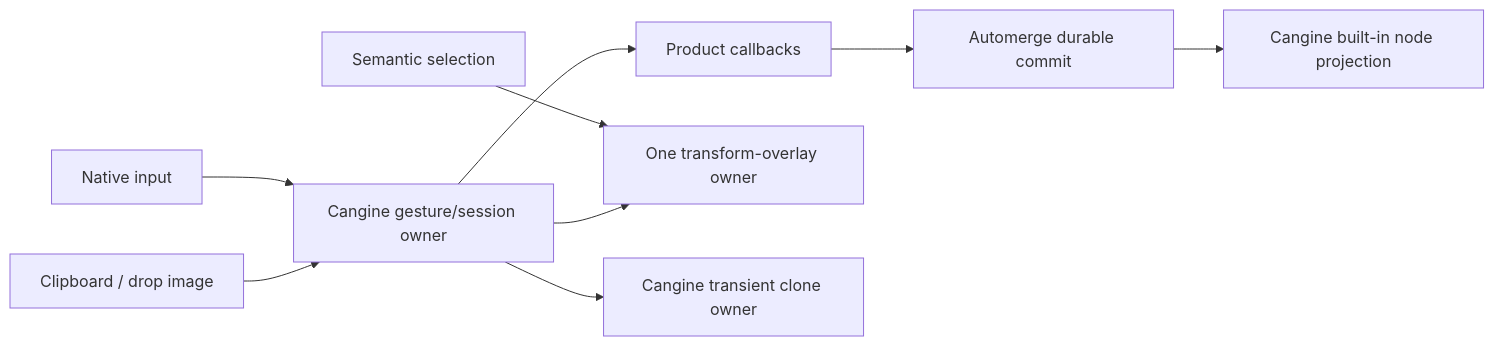
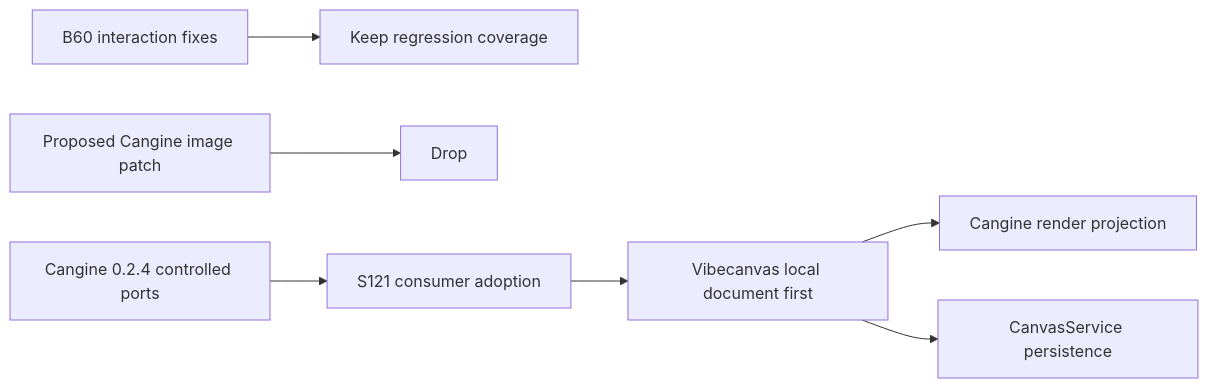
One commit to omnidraw/omnidraw changed the diagram in tasks/b/B60.md. Above: the diagram before and after it, drawn with Mermaid. The commit also changed other lines of this file and 2 other files, not shown here.

Commit message:
docs(tasks): plan Cangine controlled transactions

````diff
--- a/tasks/b/B60.md
+++ b/tasks/b/B60.md
@@ -56,11 +44,9 @@
 ```mermaid
 flowchart LR
-  I["Native input"] --> C["Cangine gesture/session owner"]
-  C --> P["Product callbacks"]
-  P --> D["Automerge durable commit"]
-  D --> R["Cangine built-in node projection"]
-  S["Semantic selection"] --> O["One transform-overlay owner"]
-  C --> O
-  C --> T["Cangine transient clone owner"]
-  M["Clipboard / drop image"] --> C
+  Fixed["B60 interaction fixes"] --> Keep["Keep regression coverage"]
+  Old["Proposed Cangine image patch"] --> Drop["Drop"]
+  Upstream["Cangine 0.2.4 controlled ports"] --> S121["S121 consumer adoption"]
+  S121 --> Local["Vibecanvas local document first"]
+  Local --> Render["Cangine render projection"]
+  Local --> Server["CanvasService persistence"]
 ```
````
